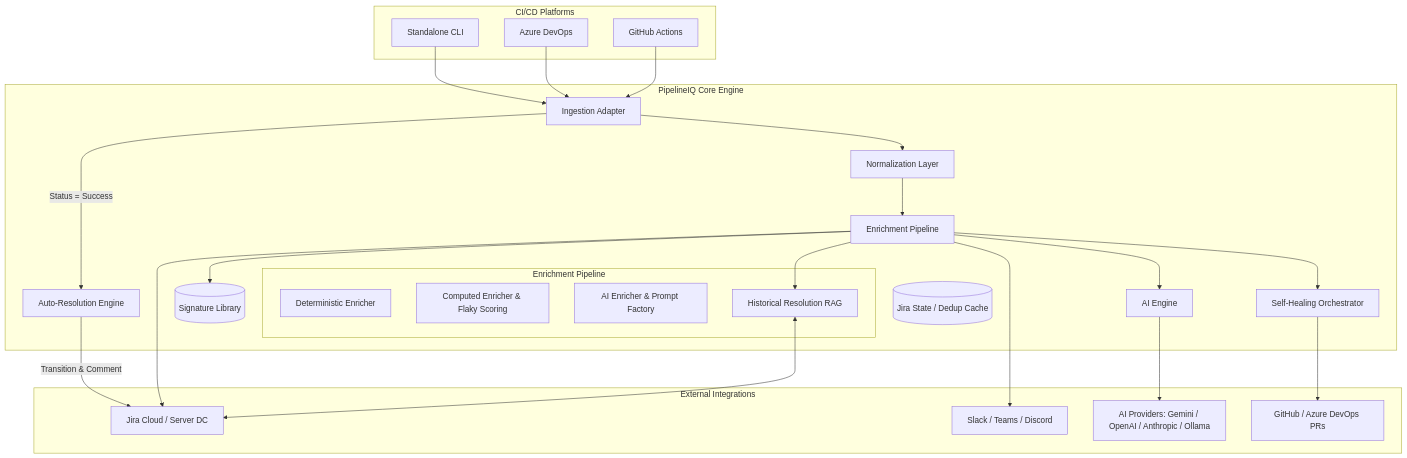
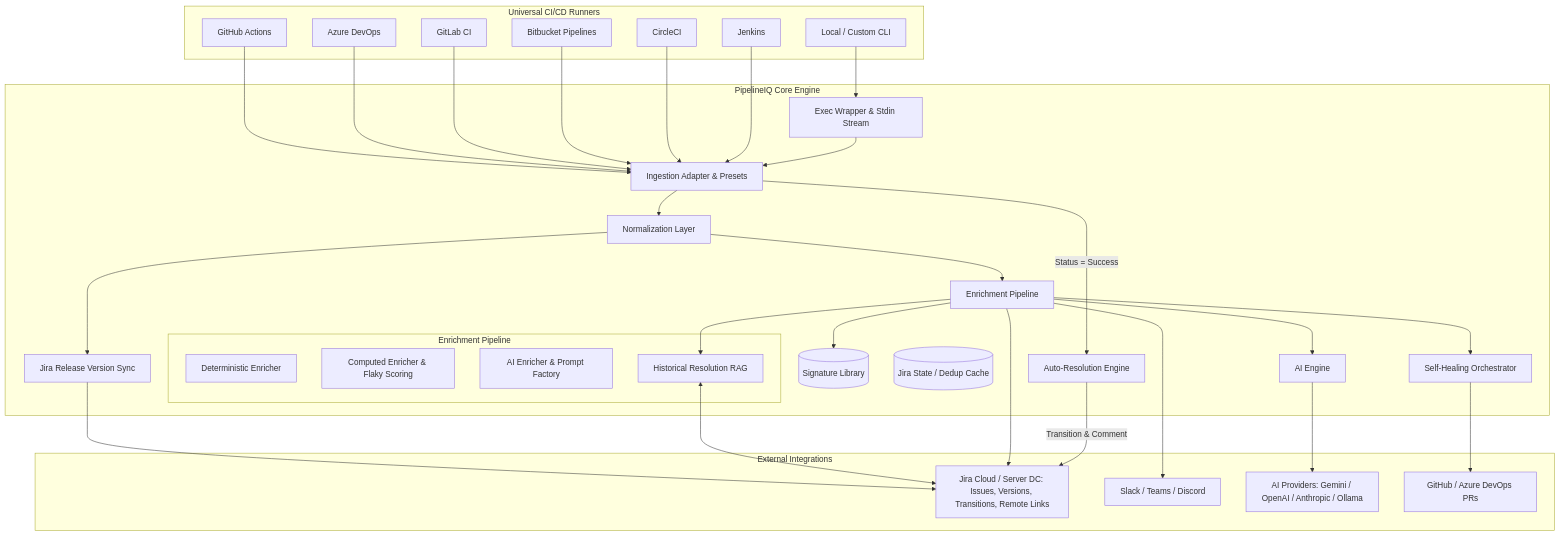
One commit to meetpatel1111/PipelineIQ changed the first of 2 diagrams in ARCHITECTURE.md. Above: the diagram before and after it, drawn with Mermaid. The commit also changed other lines of this file and 17 other files, not shown here.

Commit message:
feat: universal multi-CI runner presets, exec wrapper command, and Jira release version auto-sync (v0.24.0)

````diff
--- a/ARCHITECTURE.md
+++ b/ARCHITECTURE.md
@@ -52,53 +57,66 @@
 ```mermaid
 graph TD
-    subgraph "CI/CD Platforms"
+    subgraph "Universal CI/CD Runners"
         GHA[GitHub Actions]
         ADO[Azure DevOps]
-        CLI[Standalone CLI]
+        GL[GitLab CI]
+        BB[Bitbucket Pipelines]
+        CCI[CircleCI]
+        JEN[Jenkins]
+        CLI[Local / Custom CLI]
     end
 
     subgraph "PipelineIQ Core Engine"
-        In[Ingestion Adapter]
+        In[Ingestion Adapter & Presets]
+        Wrap[Exec Wrapper & Stdin Stream]
         Norm[Normalization Layer]
         EP[Enrichment Pipeline]
         Res[Auto-Resolution Engine]
+        VerSync[Jira Release Version Sync]
         
         subgraph "Enrichment Pipeline"
             Det[Deterministic Enricher]
             Comp[Computed Enricher & Flaky Scoring]
             AI[AI Enricher & Prompt Factory]
             RAG[Historical Resolution RAG]
         end
         
         SL[(Signature Library)]
         AE[AI Engine]
         SH[Self-Healing Orchestrator]
         DB[(Jira State / Dedup Cache)]
     end
 
     subgraph "External Integrations"
-        Jira[Jira Cloud / Server DC]
+        Jira[Jira Cloud / Server DC: Issues, Versions, Transitions, Remote Links]
         Notify[Slack / Teams / Discord]
         LLM[AI Providers: Gemini / OpenAI / Anthropic / Ollama]
         GitPR[GitHub / Azure DevOps PRs]
     end
 
     GHA --> In
     ADO --> In
-    CLI --> In
+    GL --> In
+    BB --> In
+    CCI --> In
+    JEN --> In
+    CLI --> Wrap
+    Wrap --> In
     In --> Norm
     Norm --> EP
     In -->|Status = Success| Res
+    Norm --> VerSync
+    VerSync --> Jira
     
     EP --> SL
     EP --> AE
     AE --> LLM
     EP --> RAG
     RAG <--> Jira
     
     EP --> Jira
     EP --> Notify
     EP --> SH
     SH --> GitPR
     Res -->|Transition & Comment| Jira
 ```
````
